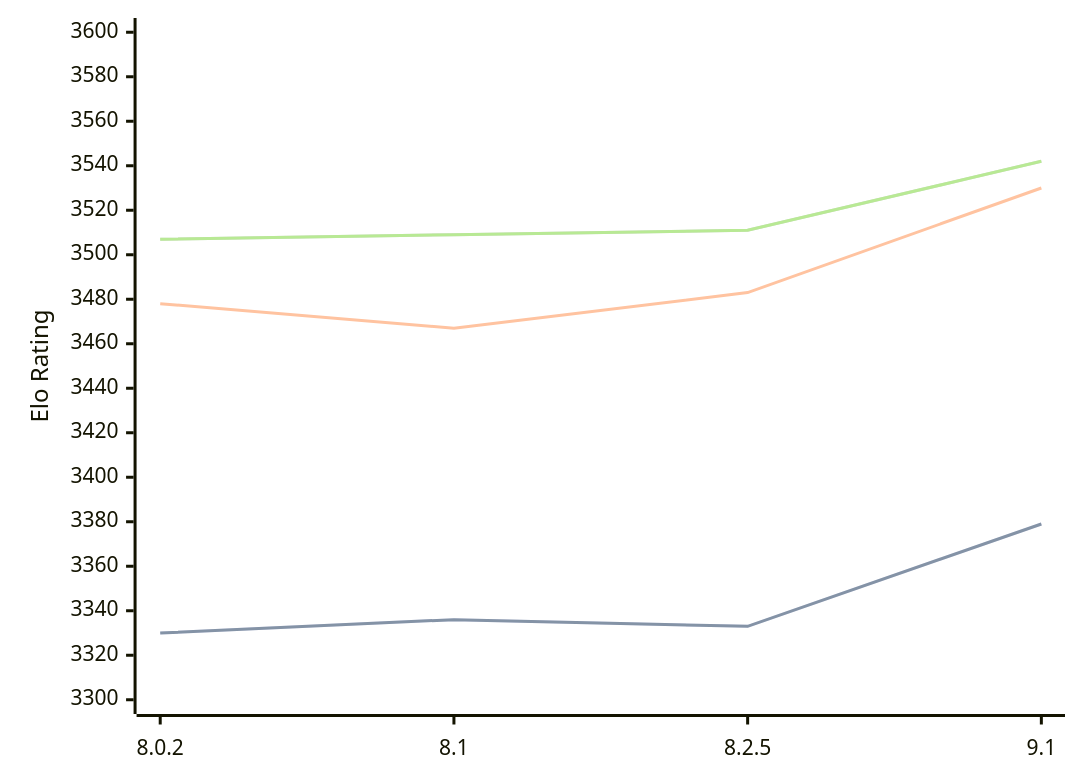
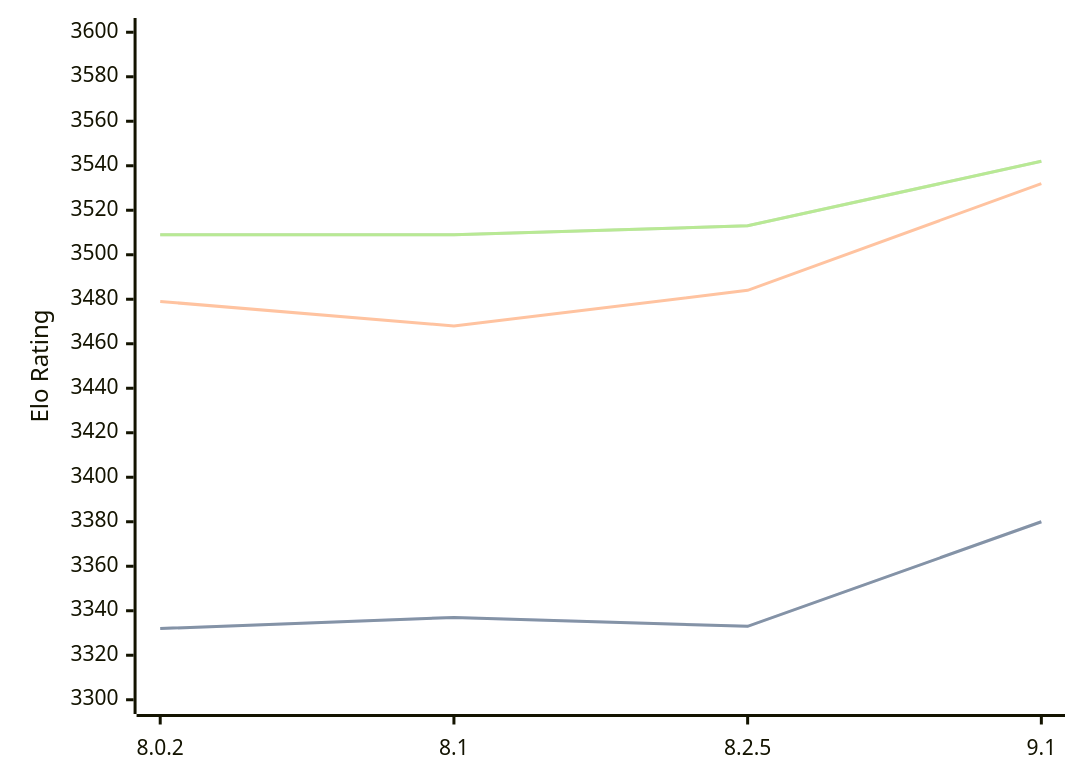
The diagram in engines/Clover.md (computer-chess-index/cci), drawn with Mermaid before and after one commit. The commit also changed other lines of this file, not shown here.

Commit message:
Update CCI Ratings (ELO VLTC) - 2026-08-19

````diff
--- a/engines/Clover.md
+++ b/engines/Clover.md
@@ -35,11 +35,11 @@
 ```mermaid
 %%{init: {"theme":"base","themeVariables":{"seriesColors:['#a3a3a3','#222221','#faa371']}}}%%
 xychart-beta
   x-axis ["8.0.2", "8.1", "8.2.5", "9.1"]
   y-axis "Elo Rating" 3300 --> 3600
-  line "STC (8.0+0.08s)" [3330, 3336, 3333, 3379]
-  line "STC (8.0+0.08s)" [3330, 3336, 3333, 3379]
-  line "LTC (60.0+0.60s)" [3478, 3467, 3483, 3530]
-  line "VLTC (2m24s+1.12s)" [3507, 3509, 3511, 3542]
-  line "VLTC (2m24s+1.12s)" [3507, 3509, 3511, 3542]
+  line "STC (8.0+0.08s)" [3332, 3337, 3333, 3380]
+  line "STC (8.0+0.08s)" [3332, 3337, 3333, 3380]
+  line "LTC (60.0+0.60s)" [3479, 3468, 3484, 3532]
+  line "VLTC (2m24s+1.12s)" [3509, 3509, 3513, 3542]
+  line "VLTC (2m24s+1.12s)" [3509, 3509, 3513, 3542]
 ```
````
